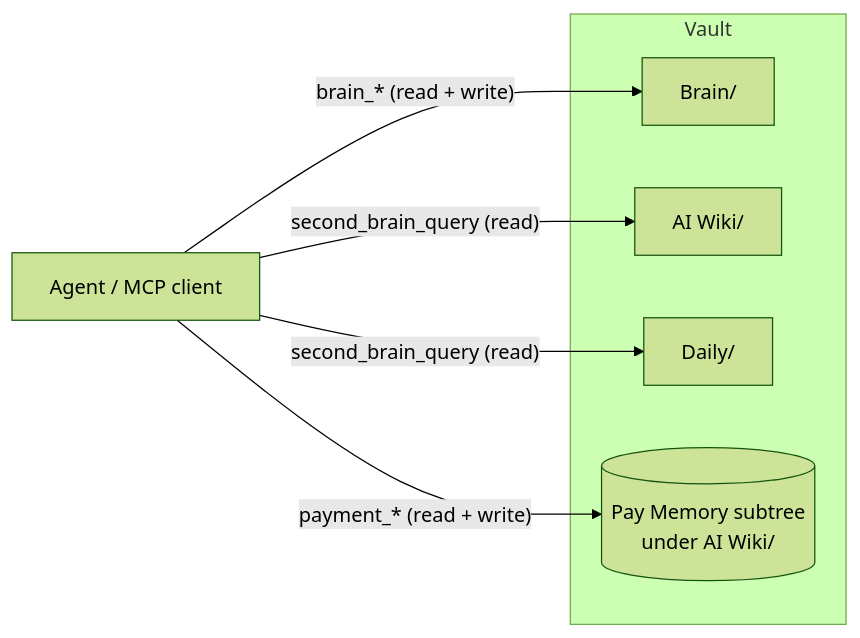
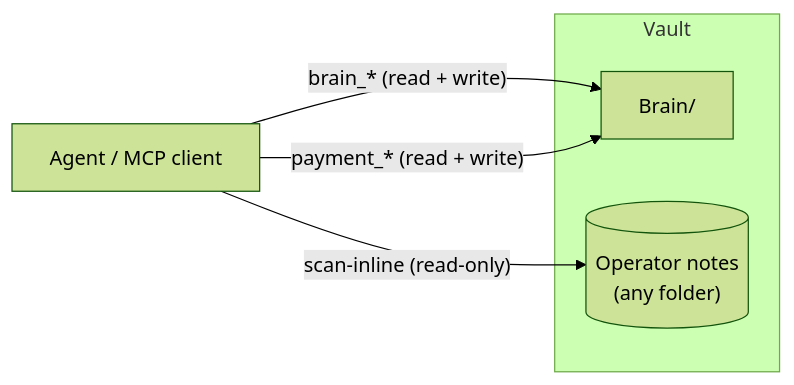
One commit to itechmeat/open-second-brain changed the first of 12 diagrams in docs/how-it-works.md. Above: the diagram before and after it, drawn with Mermaid (forest theme). The commit also changed other lines of this file and 125 other files, not shown here.

First line of the commit message:
v0.11.0 - Brain-centric vault layout: one agent-owned root, opt-in user notes (#35)

````diff
--- a/docs/how-it-works.md
+++ b/docs/how-it-works.md
@@ -64,15 +66,12 @@
 ```mermaid
 flowchart LR
     Agent[Agent / MCP client]
     subgraph Vault
         Brain[Brain/]
-        Wiki[AI Wiki/]
-        Daily[Daily/]
-        PayMem[(Pay Memory subtree<br/>under AI Wiki/)]
+        Notes[("Operator notes<br/>(any folder)")]
     end
 
     Agent -- "brain_* (read + write)" --> Brain
-    Agent -- "second_brain_query (read)" --> Wiki
-    Agent -- "second_brain_query (read)" --> Daily
-    Agent -- "payment_* (read + write)" --> PayMem
+    Agent -- "payment_* (read + write)" --> Brain
+    Agent -- "scan-inline (read-only)" --> Notes
 ```
````
